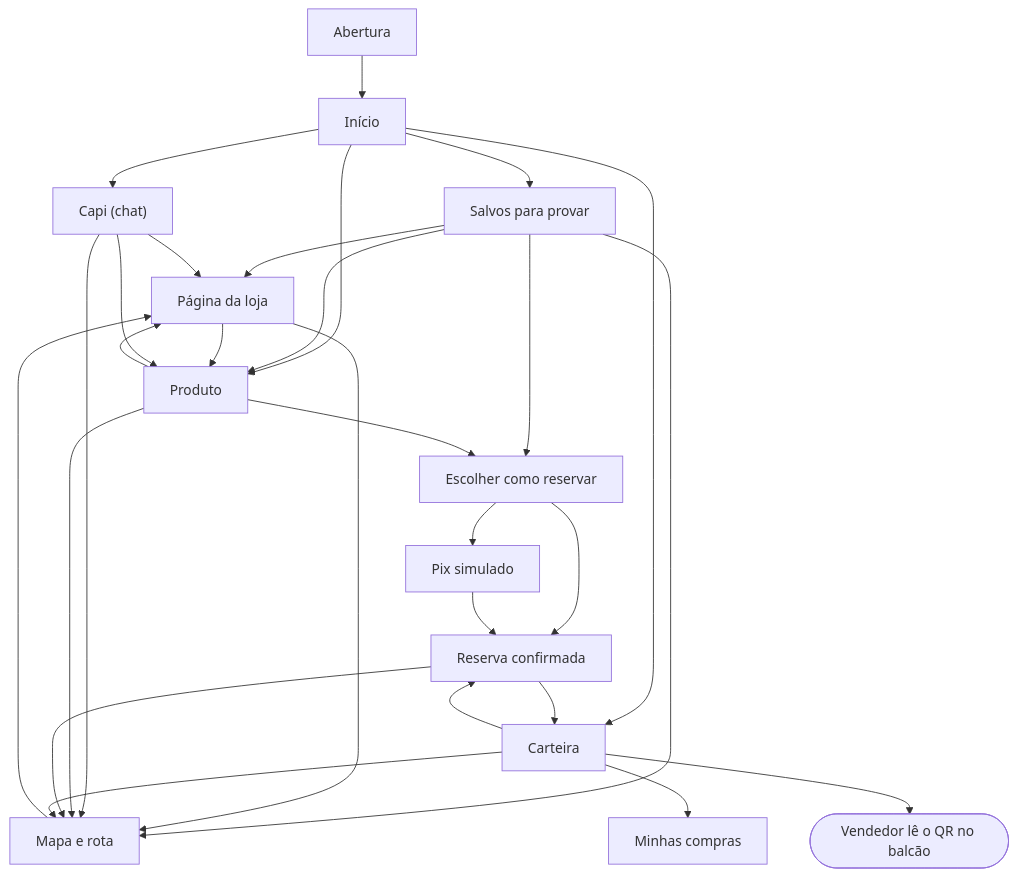
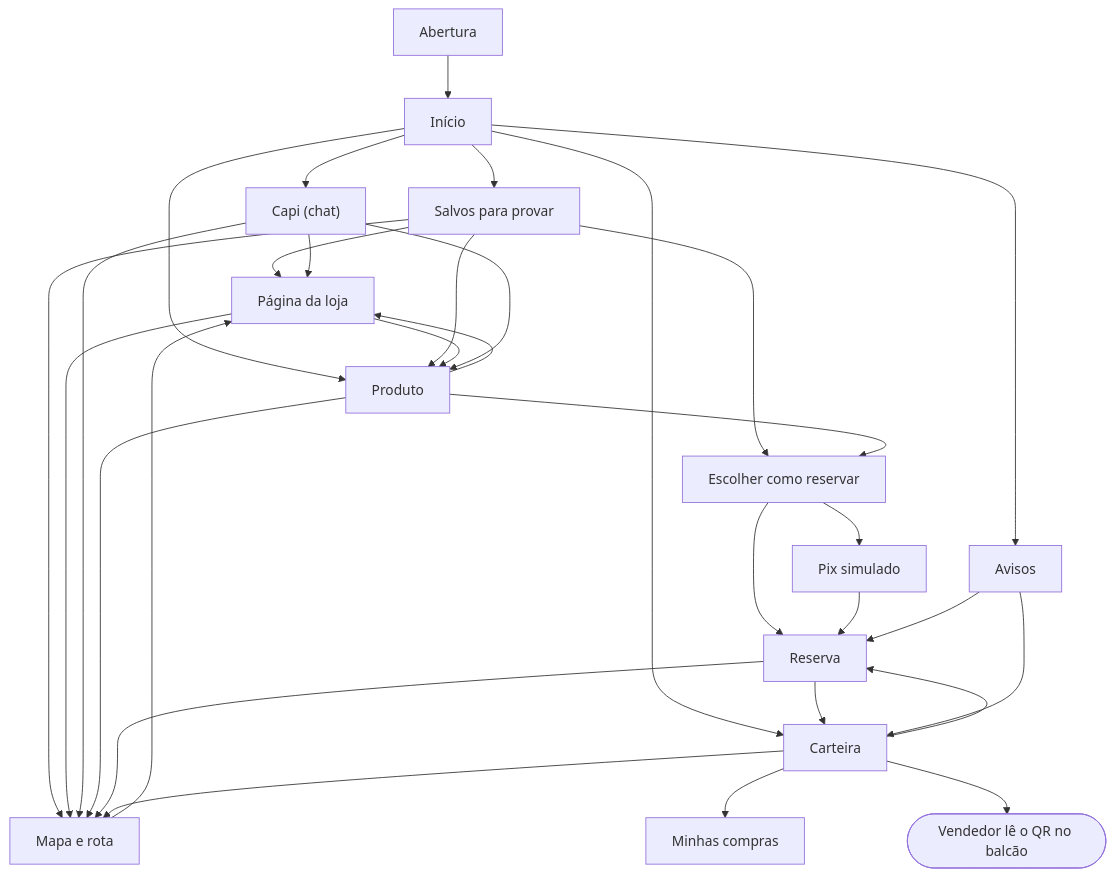
Before and after one commit to Gustavo16378/tyranitar-capim-dourado: the diagram in docs/telas.md, drawn with Mermaid. The commit also changed other lines of this file, not shown here.

Commit message:
docs(telas): avisos no Início, folha de reservar com tamanho, cor e cupom, e o andamento com a loja

````diff
--- a/docs/telas.md
+++ b/docs/telas.md
@@ -7,30 +7,33 @@
 ```mermaid
 flowchart TB
   abertura["Abertura"] --> inicio["Início"]
   inicio --> capi["Capi (chat)"]
   inicio --> produto["Produto"]
   inicio --> carteira["Carteira"]
   inicio --> salvos["Salvos para provar"]
   salvos --> produto
   salvos --> reservar
   salvos --> mapa
   salvos --> loja["Página da loja"]
   produto --> loja
   capi --> loja
   loja --> produto
   loja --> mapa
   mapa --> loja
   capi --> produto
   capi --> mapa["Mapa e rota"]
   produto --> reservar["Escolher como reservar"]
   produto --> mapa
   reservar --> pix["Pix simulado"]
-  reservar --> reserva["Reserva confirmada"]
+  reservar --> reserva["Reserva"]
   pix --> reserva
   reserva --> mapa
   reserva --> carteira
   carteira --> reserva
   carteira --> mapa
   carteira --> compras["Minhas compras"]
   carteira --> balcao(["Vendedor lê o QR no balcão"])
+  inicio --> avisos["Avisos"]
+  avisos --> reserva
+  avisos --> carteira
 ```
````
